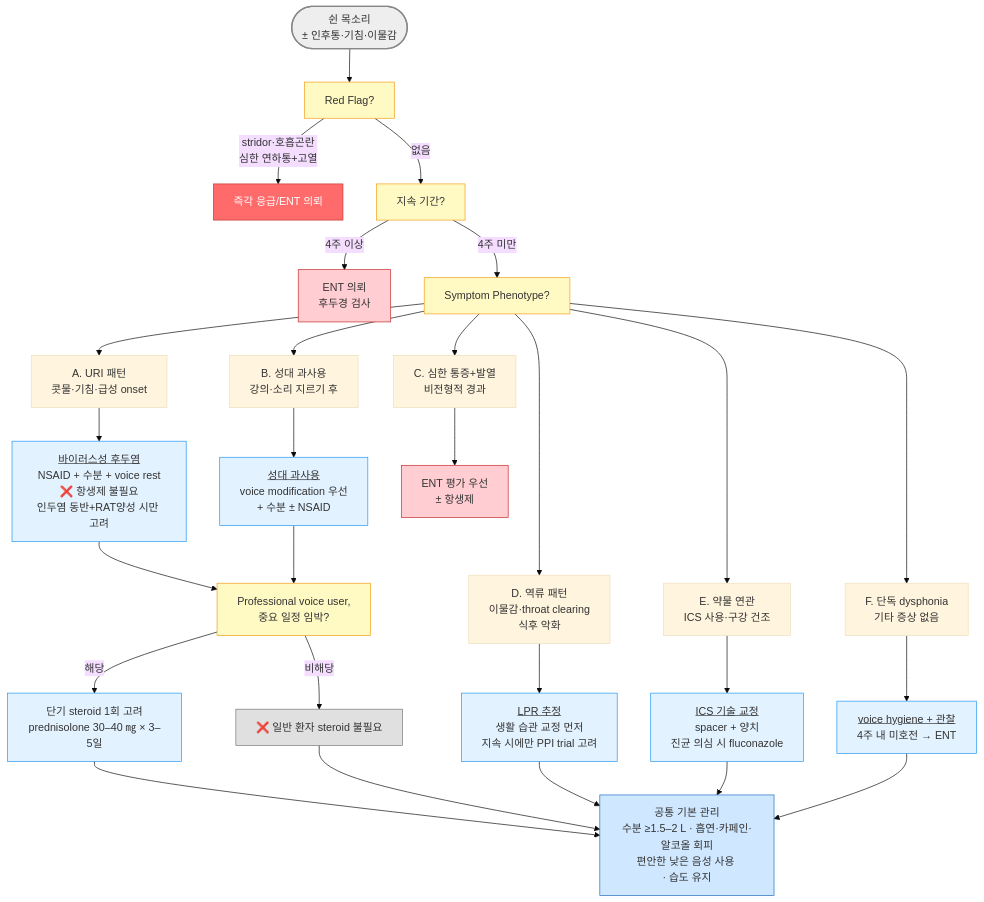
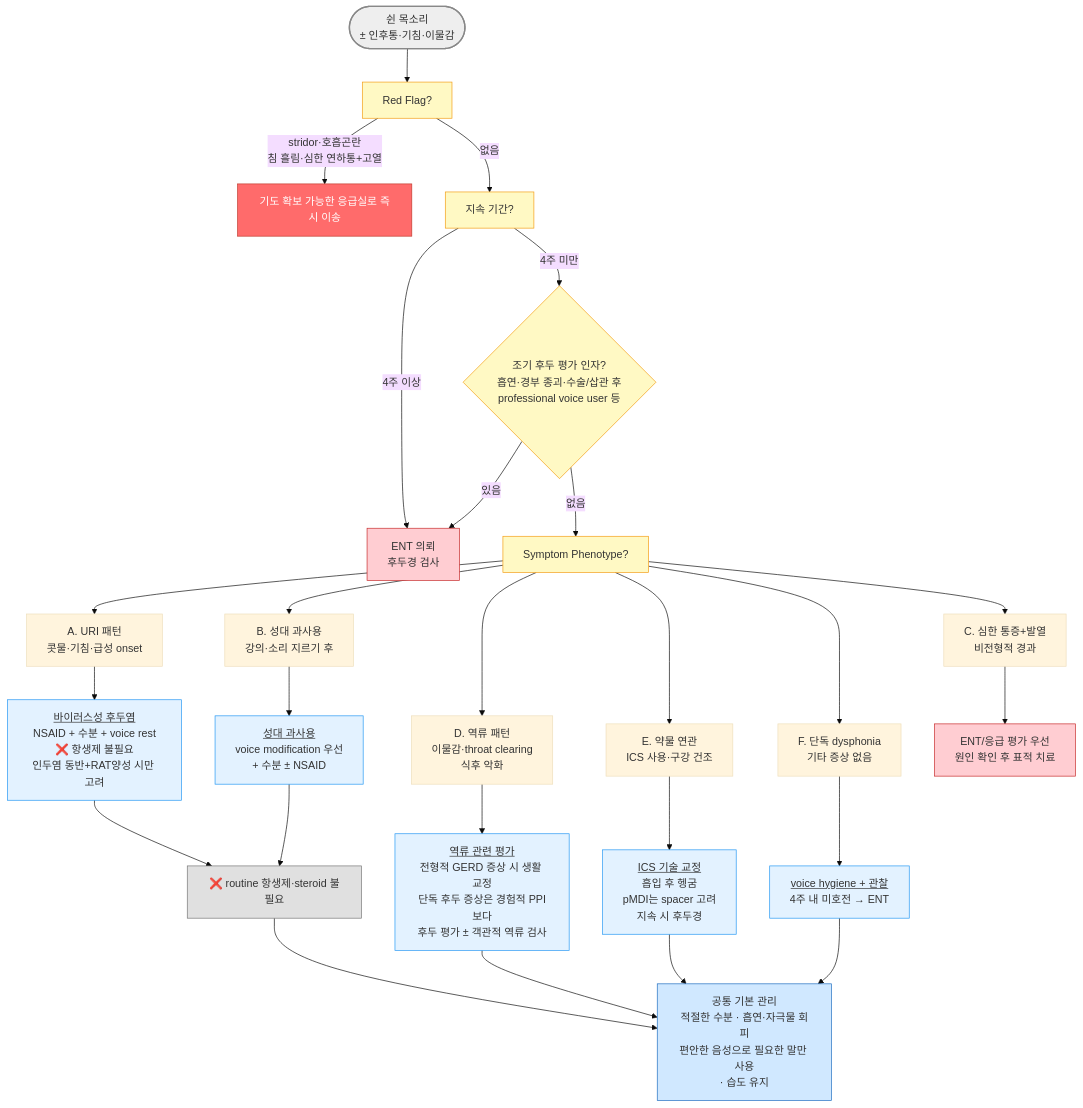
The diagram in 223_/063_-laryngitis.md (familyoh77/familyoh77), drawn with Mermaid (base theme) before and after one commit. The commit also changed other lines of this file and 5 other files, not shown here.

````diff
--- a/223_/063_-laryngitis.md
+++ b/223_/063_-laryngitis.md
@@ -61,45 +66,44 @@
 ```mermaid
 graph TD
     A([쉰 목소리<br/>± 인후통·기침·이물감]) --> B[Red Flag?]
-    B -- stridor·호흡곤란<br/>심한 연하통+고열 --> C[즉각 응급/ENT 의뢰]
+    B -- stridor·호흡곤란<br/>침 흘림·심한 연하통+고열 --> C[기도 확보 가능한 응급실로 즉시 이송]
     B -- 없음 --> D[지속 기간?]
     D -- 4주 이상 --> E[ENT 의뢰<br/>후두경 검사]
-    D -- 4주 미만 --> F[Symptom Phenotype?]
+    D -- 4주 미만 --> W{조기 후두 평가 인자?<br/>흡연·경부 종괴·수술/삽관 후<br/>professional voice user 등}
+    W -- 있음 --> E
+    W -- 없음 --> F[Symptom Phenotype?]
 
     F --> G["A. URI 패턴<br/>콧물·기침·급성 onset"]
     F --> H["B. 성대 과사용<br/>강의·소리 지르기 후"]
     F --> I["D. 역류 패턴<br/>이물감·throat clearing<br/>식후 악화"]
     F --> J["E. 약물 연관<br/>ICS 사용·구강 건조"]
     F --> K["F. 단독 dysphonia<br/>기타 증상 없음"]
     F --> L["C. 심한 통증+발열<br/>비전형적 경과"]
 
     G --> M["<u>바이러스성 후두염</u><br/>NSAID + 수분 + voice rest<br/>❌ 항생제 불필요<br/>인두염 동반+RAT양성 시만 고려"]
     H --> N["<u>성대 과사용</u><br/>voice modification 우선<br/>+ 수분 ± NSAID"]
-    I --> O["<u>LPR 추정</u><br/>생활 습관 교정 먼저<br/>지속 시에만 PPI trial 고려"]
-    J --> P["<u>ICS 기술 교정</u><br/>spacer + 양치<br/>진균 의심 시 fluconazole"]
+    I --> O["<u>역류 관련 평가</u><br/>전형적 GERD 증상 시 생활 교정<br/>단독 후두 증상은 경험적 PPI보다<br/>후두 평가 ± 객관적 역류 검사"]
+    J --> P["<u>ICS 기술 교정</u><br/>흡입 후 헹굼<br/>pMDI는 spacer 고려<br/>지속 시 후두경"]
     K --> Q["<u>voice hygiene + 관찰</u><br/>4주 내 미호전 → ENT"]
-    L --> R[ENT 평가 우선<br/>± 항생제]
+    L --> R[ENT/응급 평가 우선<br/>원인 확인 후 표적 치료]
 
-    M --> S[Professional voice user,<br/>중요 일정 임박?]
-    N --> S
-    S -- 해당 --> T["단기 steroid 1회 고려<br/>prednisolone 30–40 ㎎ × 3–5일"]
-    S -- 비해당 --> U["❌ 일반 환자 steroid 불필요"]
+    M --> U["❌ routine 항생제·steroid 불필요"]
+    N --> U
 
-    T --> V[공통 기본 관리<br/>수분 ≥1.5–2 L · 흡연·카페인·알코올 회피<br/>편안한 낮은 음성 사용 <br/>· 습도 유지]
-    U --> V
+    U --> V[공통 기본 관리<br/>적절한 수분 · 흡연·자극물 회피<br/>편안한 음성으로 필요한 말만 사용<br/>· 습도 유지]
     O --> V
     P --> V
     Q --> V
 
 style A fill:#eeeeee,stroke:#888888,stroke-width:2px
 classDef yellow fill:#fff9c4,stroke:#f39c12
-class B,D,F,S yellow
+class B,D,W,F yellow
 classDef red fill:#ff6b6b,stroke:#c0392b,color:#fff
 class C red
 classDef sky fill:#e3f2ff,stroke:#2196f3
-class M,N,O,P,Q,T sky
+class M,N,O,P,Q sky
 classDef l_red fill:#ffcdd2,stroke:#c62828
 class E,R l_red
 style V fill:#d0e8ff,stroke:#1a6abf
     style U fill:#e0e0e0,stroke:#757575,stroke-width:1px
 ```
````
